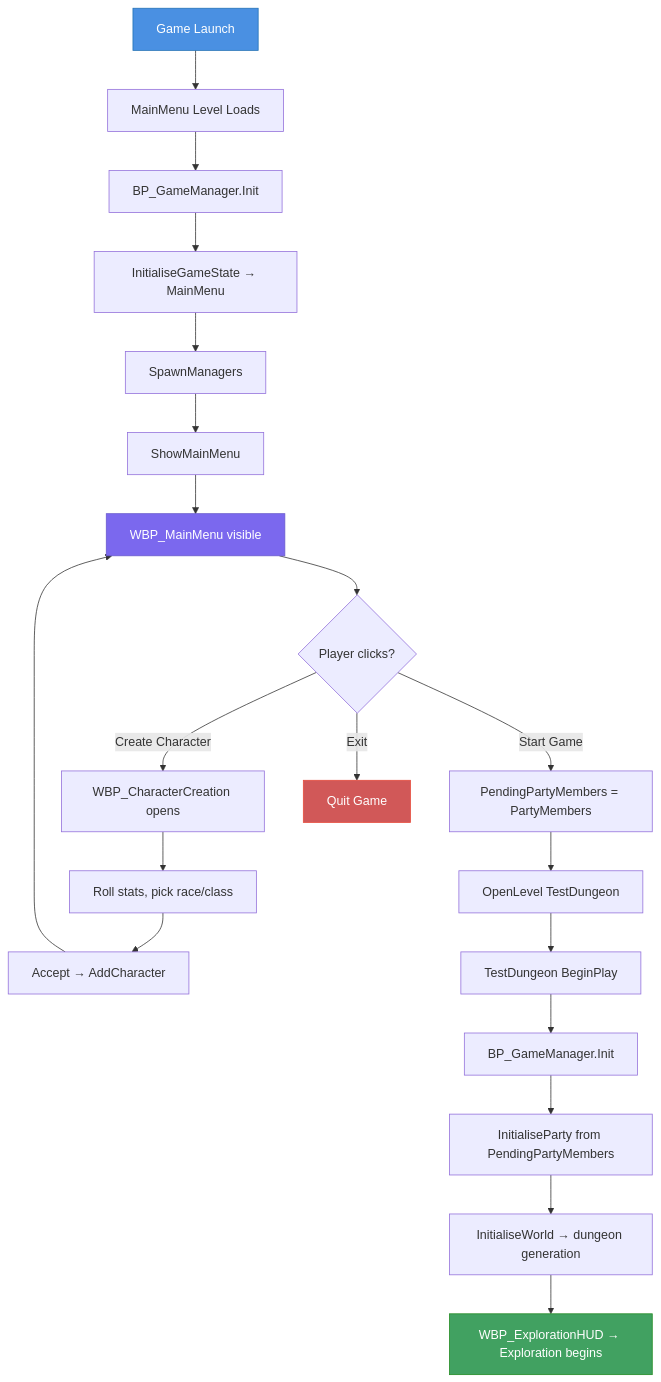
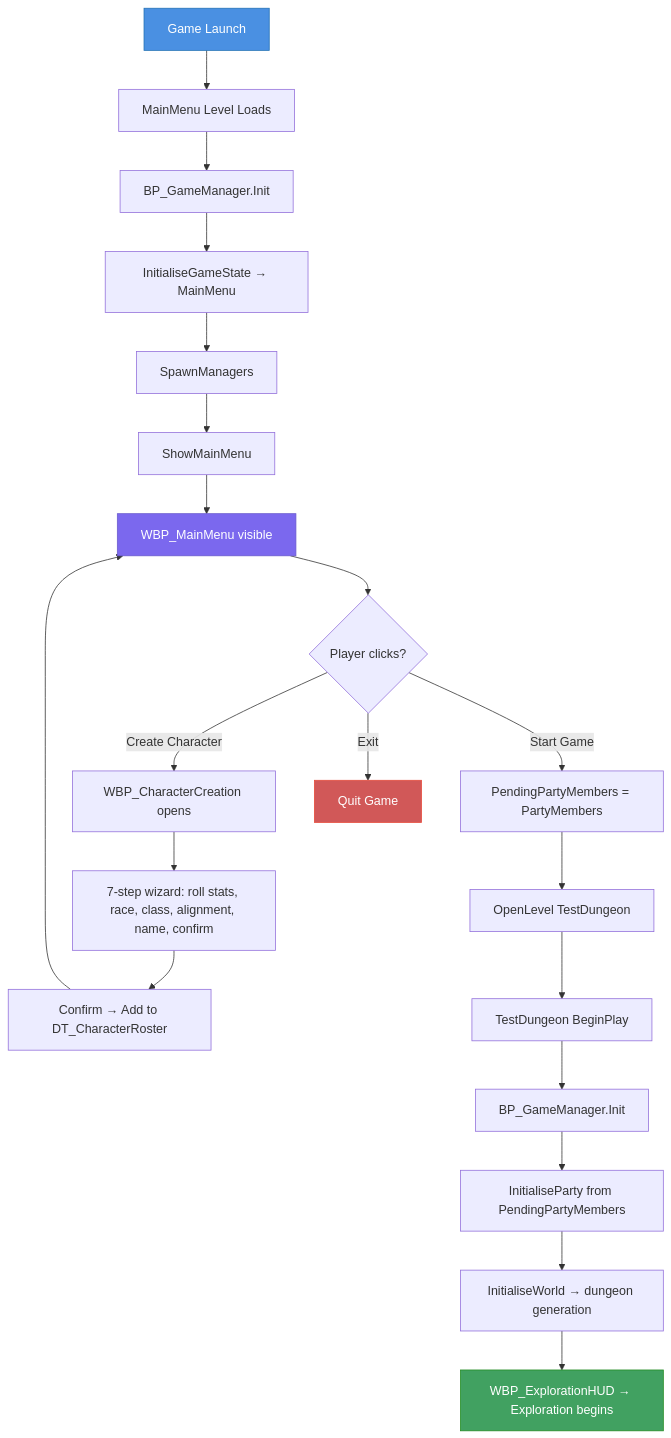
The diagram in GoldBoxRPG/Docs/GB-053_MainMenu_System.md (melnus76-web/Unreal-GoldBox-Engine), drawn with Mermaid before and after one commit. The commit also changed other lines of this file and 5 other files, not shown here.

````diff
--- a/GoldBoxRPG/Docs/GB-053_MainMenu_System.md
+++ b/GoldBoxRPG/Docs/GB-053_MainMenu_System.md
@@ -173,30 +182,30 @@
 ```mermaid
 flowchart TD
     A[Game Launch] --> B["MainMenu Level Loads"]
     B --> C["BP_GameManager.Init"]
     C --> D["InitialiseGameState → MainMenu"]
     D --> E["SpawnManagers"]
     E --> F["ShowMainMenu"]
     F --> G["WBP_MainMenu visible"]
     
     G --> H{"Player clicks?"}
     H -->|"Create Character"| I["WBP_CharacterCreation opens"]
-    I --> J["Roll stats, pick race/class"]
-    J --> K["Accept → AddCharacter"]
+    I --> J["7-step wizard: roll stats, race, class, alignment, name, confirm"]
+    J --> K["Confirm → Add to DT_CharacterRoster"]
     K --> G
     
     H -->|"Start Game"| L["PendingPartyMembers = PartyMembers"]
     L --> M["OpenLevel TestDungeon"]
     M --> N["TestDungeon BeginPlay"]
     N --> O["BP_GameManager.Init"]
     O --> P["InitialiseParty from PendingPartyMembers"]
     P --> Q["InitialiseWorld → dungeon generation"]
     Q --> R["WBP_ExplorationHUD → Exploration begins"]
     
     H -->|"Exit"| S["Quit Game"]
     
     style A fill:#4a90e2,stroke:#2171b5,color:#fff
     style G fill:#7b68ee,stroke:#6a5acd,color:#fff
     style R fill:#41a161,stroke:#228b22,color:#fff
     style S fill:#d15858,stroke:#e74c3c,color:#fff
 ```
````
